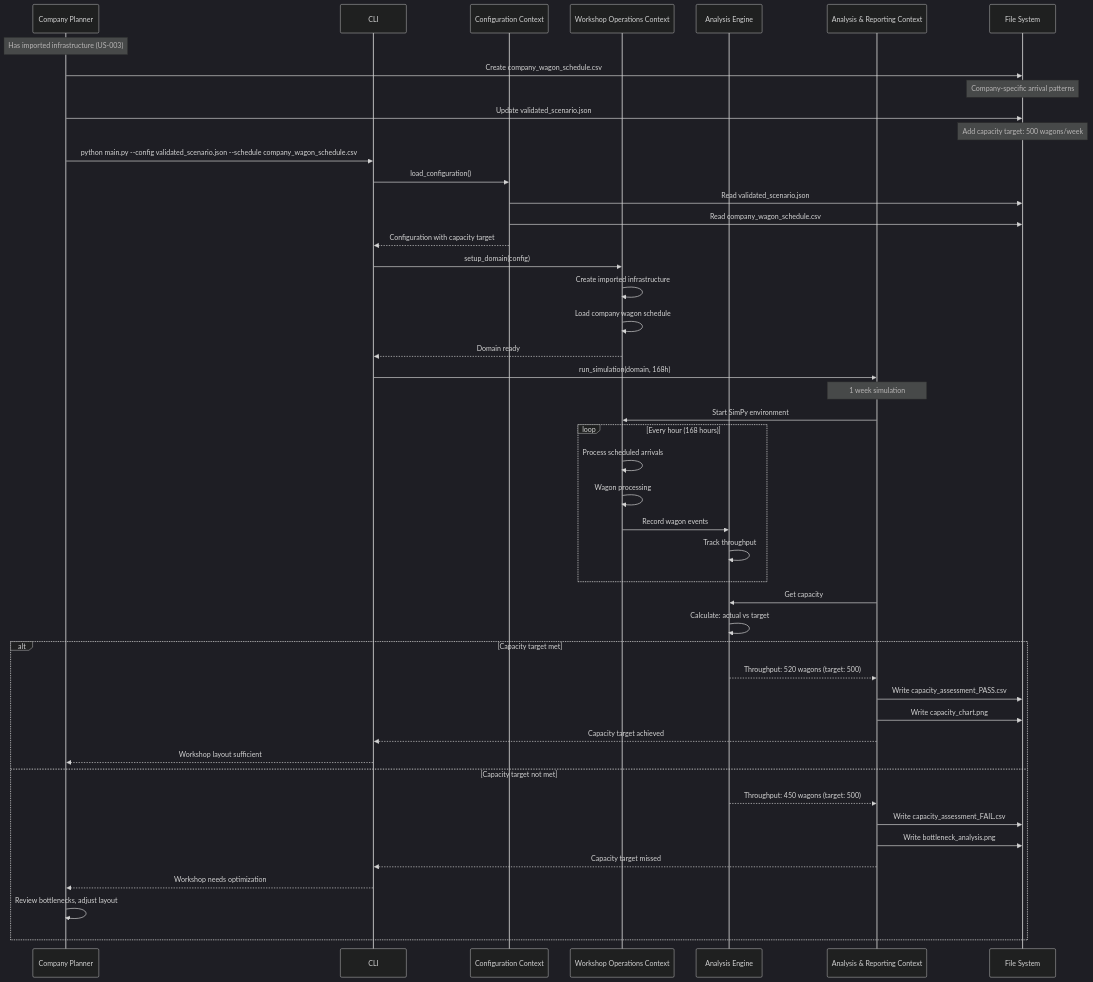
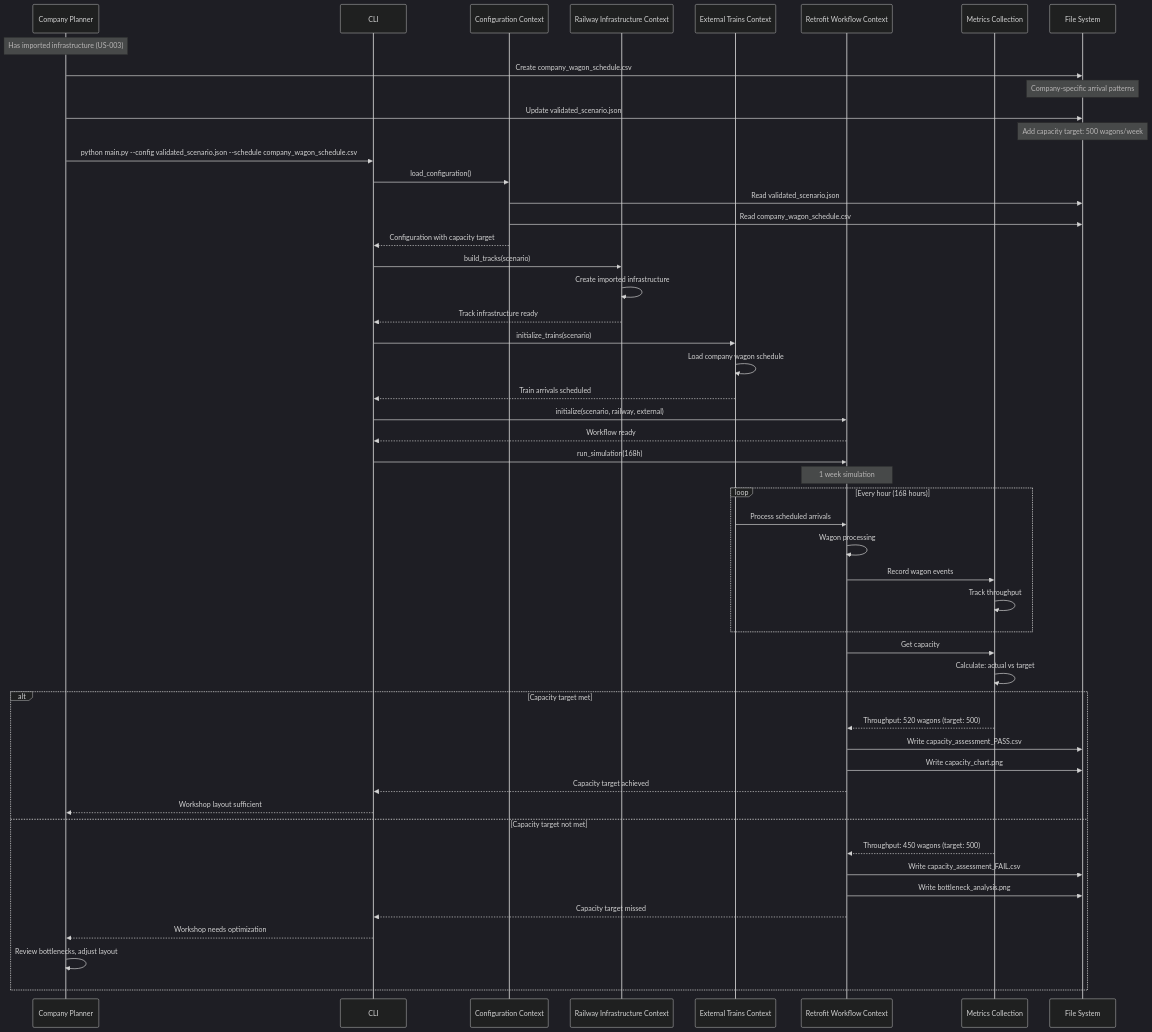
Before and after one commit to OpenRailAssociation/dac-migration-dss-popupsim: the fifth of 8 diagrams in docs/mvp/architecture/06-runtime.md, drawn with Mermaid (dark theme). The commit also changed other lines of this file and 197 other files, not shown here.

````diff
--- a/docs/mvp/architecture/06-runtime.md
+++ b/docs/mvp/architecture/06-runtime.md
@@ -280,57 +292,63 @@
 ```mermaid
 sequenceDiagram
     participant Planner as Company Planner
     participant CLI as CLI
     participant Config as Configuration Context
-    participant Domain as Workshop Operations Context
-    participant Analysis as Analysis Engine
-    participant Control as Analysis & Reporting Context
+    participant Railway as Railway Infrastructure Context
+    participant External as External Trains Context
+    participant Retrofit as Retrofit Workflow Context
+    participant Metrics as Metrics Collection
     participant Files as File System
 
     Note over Planner: Has imported infrastructure (US-003)
 
     Planner->>Files: Create company_wagon_schedule.csv
     Note over Files: Company-specific arrival patterns
     Planner->>Files: Update validated_scenario.json
     Note over Files: Add capacity target: 500 wagons/week
 
     Planner->>CLI: python main.py --config validated_scenario.json --schedule company_wagon_schedule.csv
     CLI->>Config: load_configuration()
     Config->>Files: Read validated_scenario.json
     Config->>Files: Read company_wagon_schedule.csv
     Config-->>CLI: Configuration with capacity target
 
-    CLI->>Domain: setup_domain(config)
-    Domain->>Domain: Create imported infrastructure
-    Domain->>Domain: Load company wagon schedule
-    Domain-->>CLI: Domain ready
+    CLI->>Railway: build_tracks(scenario)
+    Railway->>Railway: Create imported infrastructure
+    Railway-->>CLI: Track infrastructure ready
+    
+    CLI->>External: initialize_trains(scenario)
+    External->>External: Load company wagon schedule
+    External-->>CLI: Train arrivals scheduled
+    
+    CLI->>Retrofit: initialize(scenario, railway, external)
+    Retrofit-->>CLI: Workflow ready
 
-    CLI->>Control: run_simulation(domain, 168h)
-    Note over Control: 1 week simulation
-    Control->>Domain: Start SimPy environment
+    CLI->>Retrofit: run_simulation(168h)
+    Note over Retrofit: 1 week simulation
 
     loop Every hour (168 hours)
-        Domain->>Domain: Process scheduled arrivals
-        Domain->>Domain: Wagon processing
-        Domain->>Analysis: Record wagon events
-        Analysis->>Analysis: Track throughput
+        External->>Retrofit: Process scheduled arrivals
+        Retrofit->>Retrofit: Wagon processing
+        Retrofit->>Metrics: Record wagon events
+        Metrics->>Metrics: Track throughput
     end
 
-    Control->>Analysis: Get capacity
-    Analysis->>Analysis: Calculate: actual vs target
+    Retrofit->>Metrics: Get capacity
+    Metrics->>Metrics: Calculate: actual vs target
 
     alt Capacity target met
-        Analysis-->>Control: Throughput: 520 wagons (target: 500)
-        Control->>Files: Write capacity_assessment_PASS.csv
-        Control->>Files: Write capacity_chart.png
-        Control-->>CLI: Capacity target achieved
+        Metrics-->>Retrofit: Throughput: 520 wagons (target: 500)
+        Retrofit->>Files: Write capacity_assessment_PASS.csv
+        Retrofit->>Files: Write capacity_chart.png
+        Retrofit-->>CLI: Capacity target achieved
         CLI-->>Planner: Workshop layout sufficient
     else Capacity target not met
-        Analysis-->>Control: Throughput: 450 wagons (target: 500)
-        Control->>Files: Write capacity_assessment_FAIL.csv
-        Control->>Files: Write bottleneck_analysis.png
-        Control-->>CLI: Capacity target missed
+        Metrics-->>Retrofit: Throughput: 450 wagons (target: 500)
+        Retrofit->>Files: Write capacity_assessment_FAIL.csv
+        Retrofit->>Files: Write bottleneck_analysis.png
+        Retrofit-->>CLI: Capacity target missed
         CLI-->>Planner: Workshop needs optimization
         Planner->>Planner: Review bottlenecks, adjust layout
     end
 ```
````
